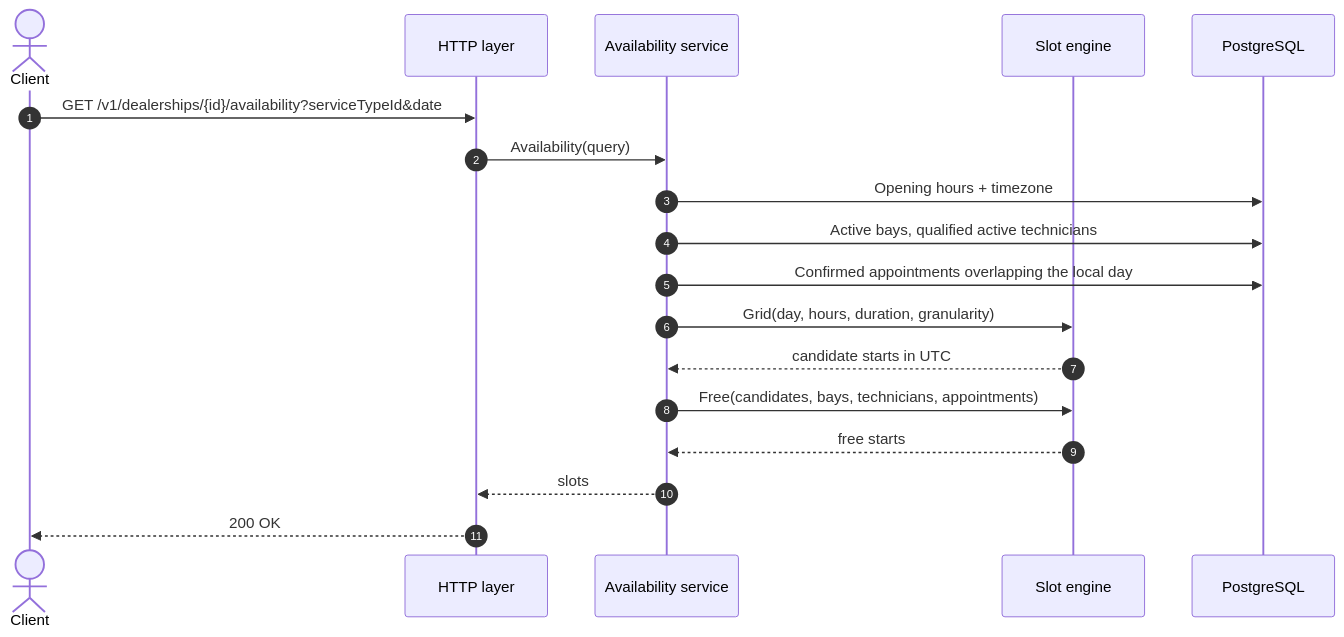
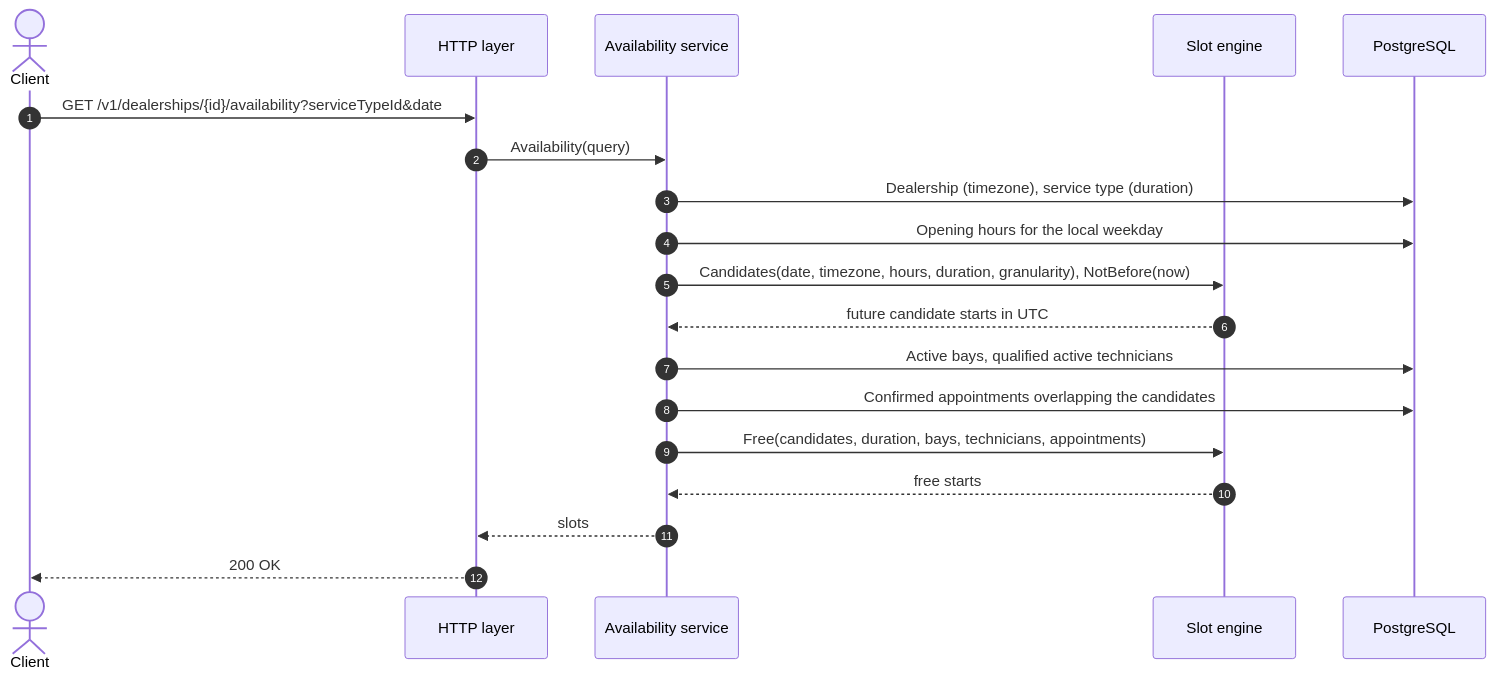
One commit to pyaethu-aung/service-scheduler changed the fifth of 5 diagrams in docs/system-design.md. Above: the diagram before and after it, drawn with Mermaid. The commit also changed other lines of this file, not shown here.

````diff
--- a/docs/system-design.md
+++ b/docs/system-design.md
@@ -468,21 +480,22 @@
 ```mermaid
 sequenceDiagram
     autonumber
     actor C as Client
     participant H as HTTP layer
     participant A as Availability service
     participant E as Slot engine
     participant P as PostgreSQL
 
     C->>H: GET /v1/dealerships/{id}/availability?serviceTypeId&date
     H->>A: Availability(query)
-    A->>P: Opening hours + timezone
+    A->>P: Dealership (timezone), service type (duration)
+    A->>P: Opening hours for the local weekday
+    A->>E: Candidates(date, timezone, hours, duration, granularity), NotBefore(now)
+    E-->>A: future candidate starts in UTC
     A->>P: Active bays, qualified active technicians
-    A->>P: Confirmed appointments overlapping the local day
-    A->>E: Grid(day, hours, duration, granularity)
-    E-->>A: candidate starts in UTC
-    A->>E: Free(candidates, bays, technicians, appointments)
+    A->>P: Confirmed appointments overlapping the candidates
+    A->>E: Free(candidates, duration, bays, technicians, appointments)
     E-->>A: free starts
     A-->>H: slots
     H-->>C: 200 OK
 ```
````
